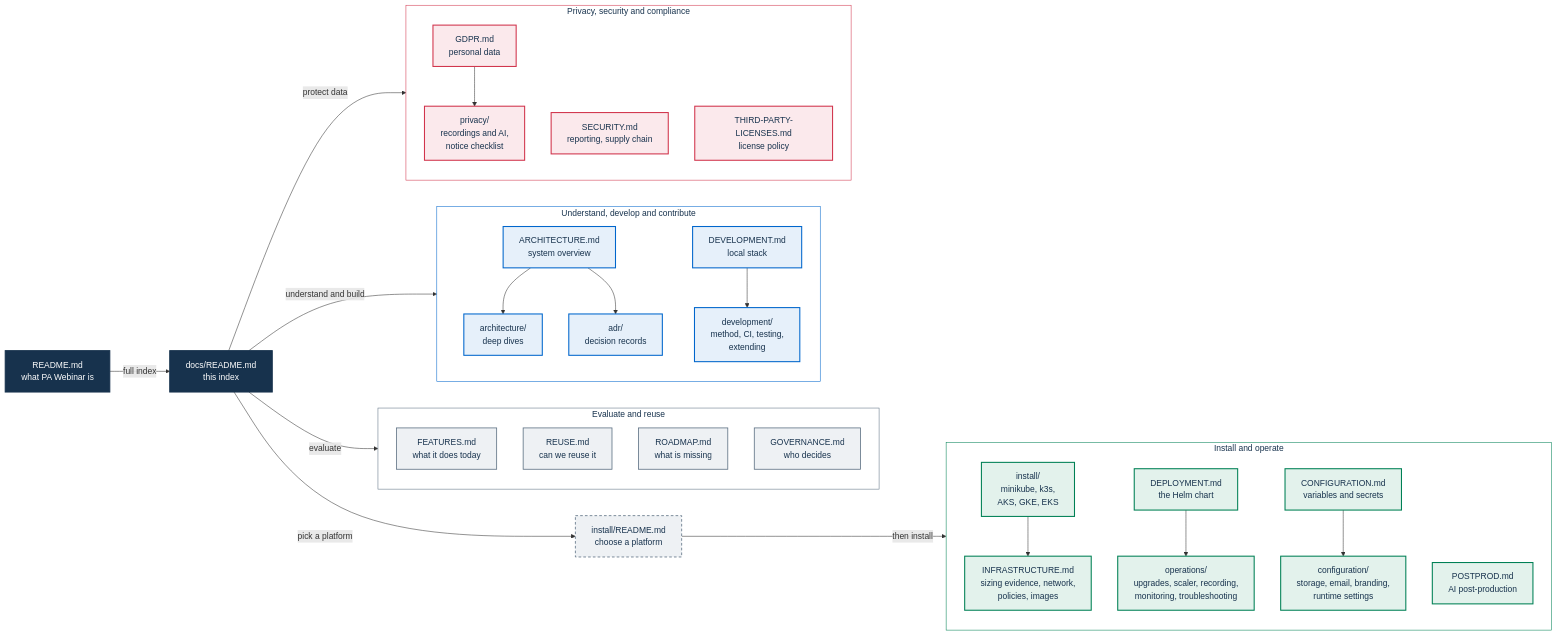
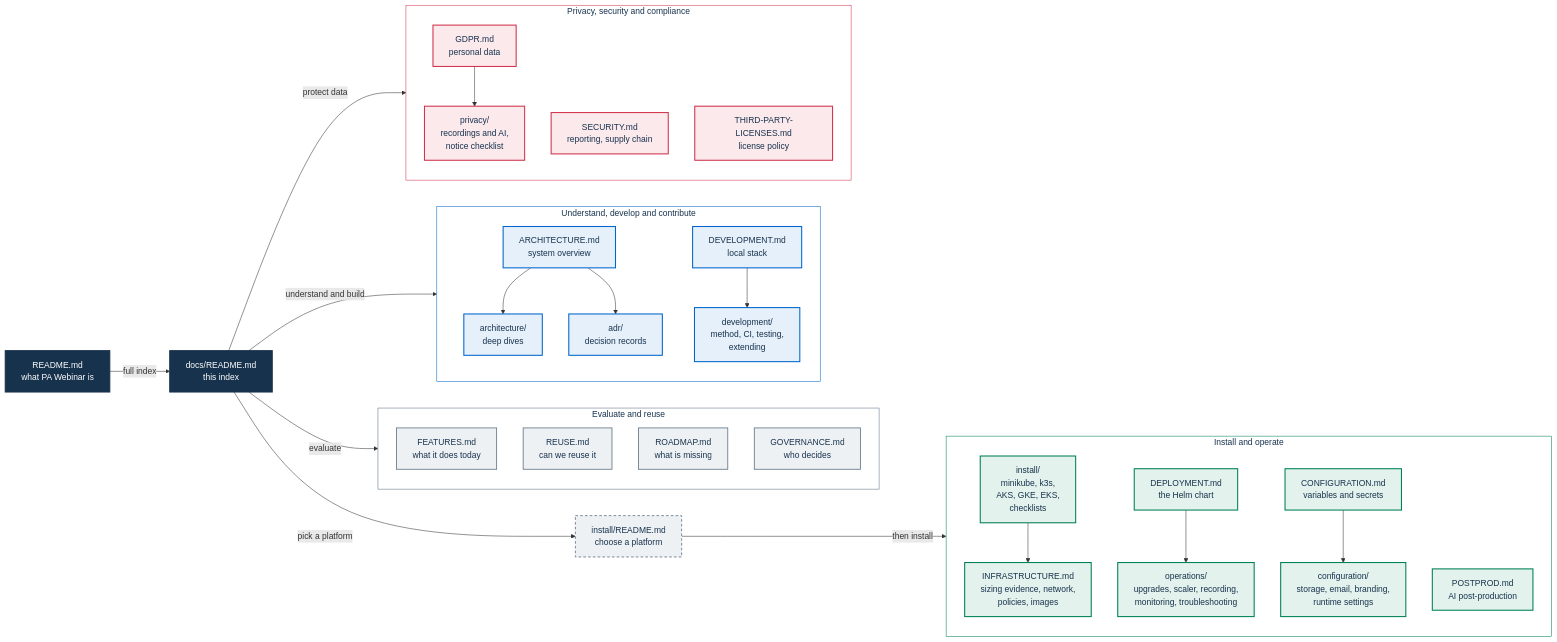
The diagram in docs/README.md (italia/pa-webinar), drawn with Mermaid before and after one commit. The commit also changed other lines of this file and 25 other files, not shown here.

````diff
--- a/docs/README.md
+++ b/docs/README.md
@@ -16,70 +16,70 @@
 ```mermaid
 flowchart LR
   ROOT["README.md<br/>what PA Webinar is"]:::emph
   HUB["docs/README.md<br/>this index"]:::emph
   ROOT -->|"full index"| HUB
 
   subgraph EVAL["Evaluate and reuse"]
     direction TB
     FEAT["FEATURES.md<br/>what it does today"]:::ext
     REUSE["REUSE.md<br/>can we reuse it"]:::ext
     ROAD["ROADMAP.md<br/>what is missing"]:::ext
     GOV["GOVERNANCE.md<br/>who decides"]:::ext
   end
 
   INST["install/README.md<br/>choose a platform"]:::ext
 
   subgraph OPS["Install and operate"]
     direction TB
-    INSTD["install/<br/>minikube, k3s,<br/>AKS, GKE, EKS"]:::data
+    INSTD["install/<br/>minikube, k3s,<br/>AKS, GKE, EKS,<br/>checklists"]:::data
     INFRA["INFRASTRUCTURE.md<br/>sizing evidence, network,<br/>policies, images"]:::data
     DEP["DEPLOYMENT.md<br/>the Helm chart"]:::data
     OPSD["operations/<br/>upgrades, scaler, recording,<br/>monitoring, troubleshooting"]:::data
     CONF["CONFIGURATION.md<br/>variables and secrets"]:::data
     CONFD["configuration/<br/>storage, email, branding,<br/>runtime settings"]:::data
     POST["POSTPROD.md<br/>AI post-production"]:::data
   end
 
   subgraph BUILD["Understand, develop and contribute"]
     direction TB
     ARCH["ARCHITECTURE.md<br/>system overview"]:::portal
     ARCHD["architecture/<br/>deep dives"]:::portal
     ADR["adr/<br/>decision records"]:::portal
     DEVP["DEVELOPMENT.md<br/>local stack"]:::portal
     DEVD["development/<br/>method, CI, testing,<br/>extending"]:::portal
   end
 
   subgraph PRIV["Privacy, security and compliance"]
     direction TB
     GDPR["GDPR.md<br/>personal data"]:::risk
     PRIVD["privacy/<br/>recordings and AI,<br/>notice checklist"]:::risk
     SEC["SECURITY.md<br/>reporting, supply chain"]:::risk
     LIC["THIRD-PARTY-LICENSES.md<br/>license policy"]:::risk
   end
 
   HUB -->|"evaluate"| EVAL
   HUB -->|"pick a platform"| INST
   INST -->|"then install"| OPS
   HUB -->|"understand and build"| BUILD
   HUB -->|"protect data"| PRIV
 
   INSTD --> INFRA
   DEP --> OPSD
   CONF --> CONFD
   ARCH --> ARCHD
   ARCH --> ADR
   DEVP --> DEVD
   GDPR --> PRIVD
 
   classDef emph fill:#17324D,stroke:#17324D,stroke-width:2px,color:#FFFFFF
   classDef ext fill:#EEF1F4,stroke:#5C6F82,stroke-width:1.5px,color:#17324D
   classDef data fill:#E3F2EC,stroke:#008055,stroke-width:2px,color:#17324D
   classDef portal fill:#E6F0FA,stroke:#0066CC,stroke-width:2px,color:#17324D
   classDef risk fill:#FBE9EC,stroke:#D1344C,stroke-width:2px,color:#17324D
   classDef optional stroke-dasharray:5 4
   class INST optional
   style EVAL fill:#FFFFFF,stroke:#5C6F82,color:#17324D
   style OPS fill:#FFFFFF,stroke:#008055,color:#17324D
   style BUILD fill:#FFFFFF,stroke:#0066CC,color:#17324D
   style PRIV fill:#FFFFFF,stroke:#D1344C,color:#17324D
 ```
````
